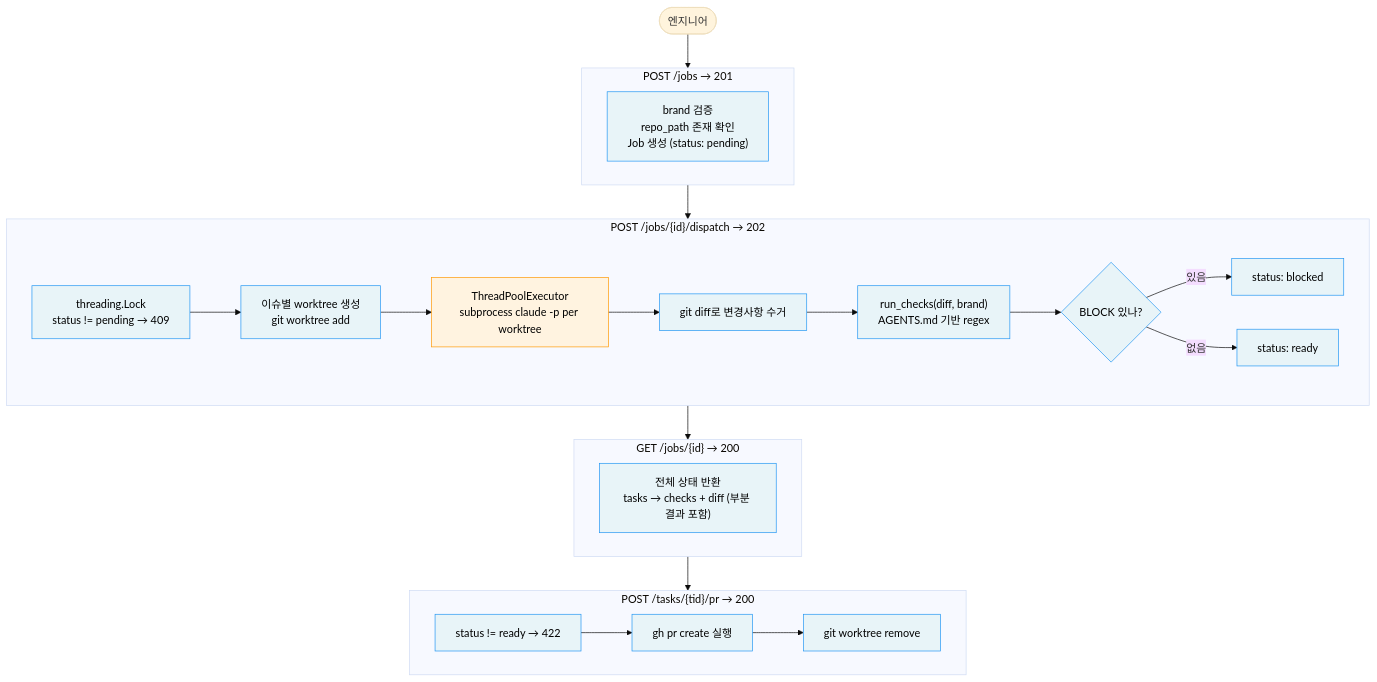
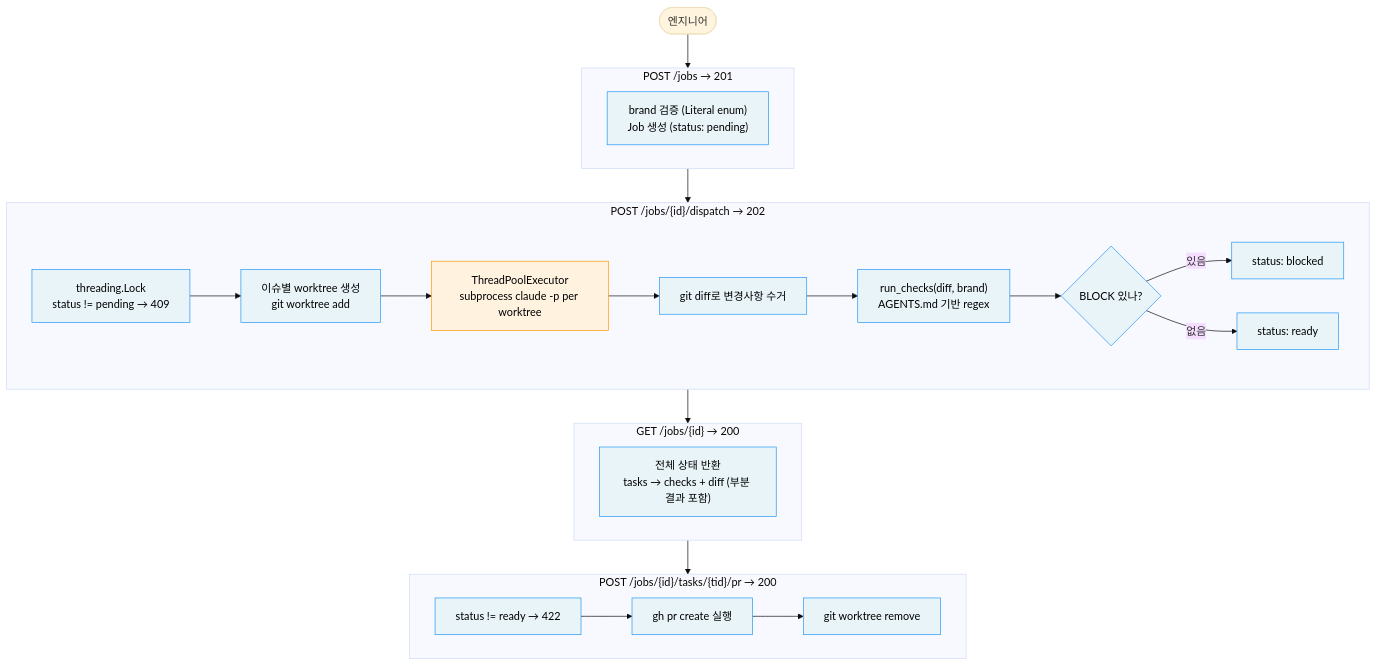
Before and after one commit to Starlight258/AgenticIDE: the diagram in case-04-orchestrator/README.md, drawn with Mermaid (base theme). The commit also changed other lines of this file, not shown here.

Commit message:
docs(readme): fix diagram URL and complete if-more-time section
Entire-Checkpoint: fb768d2c6863

````diff
--- a/case-04-orchestrator/README.md
+++ b/case-04-orchestrator/README.md
@@ -21,41 +21,41 @@
 ```mermaid
 flowchart TD
     ENG([엔지니어])
     ENG --> J1
 
     subgraph J1["POST /jobs → 201"]
-        A1["brand 검증\nrepo_path 존재 확인\nJob 생성 (status: pending)"]:::det
+        A1["brand 검증 (Literal enum)\nJob 생성 (status: pending)"]:::det
     end
 
     J1 --> J2
 
     subgraph J2["POST /jobs/{id}/dispatch → 202"]
         B0["threading.Lock\nstatus != pending → 409"]:::det
         B1["이슈별 worktree 생성\ngit worktree add"]:::det
         B2["ThreadPoolExecutor\nsubprocess claude -p per worktree"]:::llm
         B3["git diff로 변경사항 수거"]:::det
         B4["run_checks(diff, brand)\nAGENTS.md 기반 regex"]:::det
         B5{"BLOCK 있나?"}:::det
         B0 --> B1 --> B2 --> B3 --> B4 --> B5
         B5 -->|있음| B6["status: blocked"]:::det
         B5 -->|없음| B7["status: ready"]:::det
     end
 
     J2 --> J3
 
     subgraph J3["GET /jobs/{id} → 200"]
         C1["전체 상태 반환\ntasks → checks + diff (부분 결과 포함)"]:::det
     end
 
     J3 --> J4
 
-    subgraph J4["POST /tasks/{tid}/pr → 200"]
+    subgraph J4["POST /jobs/{id}/tasks/{tid}/pr → 200"]
         D1["status != ready → 422"]:::det
         D2["gh pr create 실행"]:::det
         D3["git worktree remove"]:::det
         D1 --> D2 --> D3
     end
 
     classDef det fill:#e8f4f8,stroke:#2196F3,color:#000
     classDef llm fill:#fff3e0,stroke:#FF9800,color:#000
 ```
````
